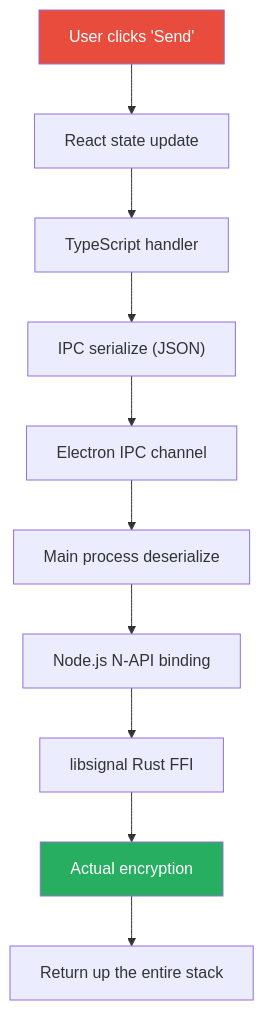
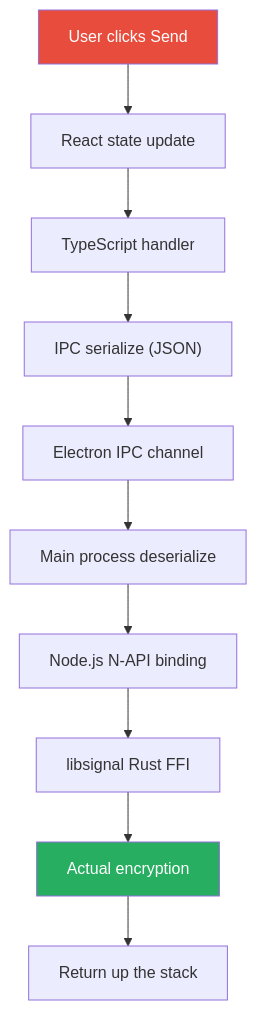
One commit to xander1421/own-cv-blog-site changed the first of 2 diagrams in src/content/blog/from-react-to-rust-native-journey.md. Above: the diagram before and after it, drawn with Mermaid. The commit also changed other lines of this file and 4 other files, not shown here.

````diff
--- a/src/content/blog/from-react-to-rust-native-journey.md
+++ b/src/content/blog/from-react-to-rust-native-journey.md
@@ -82,15 +65,15 @@
 ```mermaid
 flowchart TD
-    A["User clicks 'Send'"] --> B["React state update"]
+    A["User clicks Send"] --> B["React state update"]
     B --> C["TypeScript handler"]
     C --> D["IPC serialize (JSON)"]
     D --> E["Electron IPC channel"]
     E --> F["Main process deserialize"]
     F --> G["Node.js N-API binding"]
     G --> H["libsignal Rust FFI"]
     H --> I["Actual encryption"]
-    I --> J["Return up the entire stack"]
+    I --> J["Return up the stack"]
 
     style A fill:#e74c3c,color:#fff
     style I fill:#27ae60,color:#fff
 ```
````
